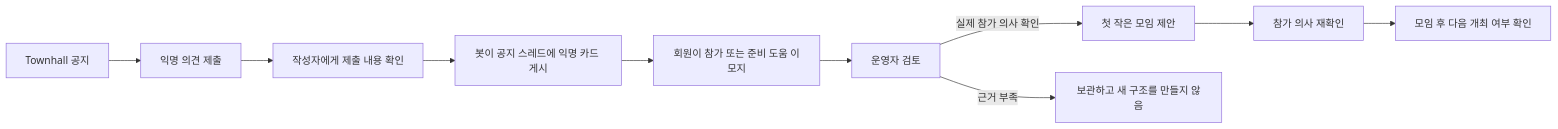
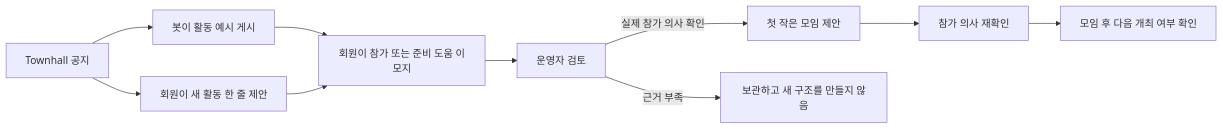
The diagram in docs/research/PRIVATE_HOUSE.md (Betalgeuse/ot1l), drawn with Mermaid before and after one commit. The commit also changed other lines of this file and 1 other file, not shown here.

````diff
--- a/docs/research/PRIVATE_HOUSE.md
+++ b/docs/research/PRIVATE_HOUSE.md
@@ -142,12 +129,12 @@
 ```mermaid
 flowchart LR
-    A[Townhall 공지] --> B[익명 의견 제출]
-    B --> C[작성자에게 제출 내용 확인]
-    C --> D[봇이 공지 스레드에 익명 카드 게시]
-    D --> E[회원이 참가 또는 준비 도움 이모지]
+    A[Townhall 공지] --> B[봇이 활동 예시 게시]
+    A --> C[회원이 새 활동 한 줄 제안]
+    B --> E[회원이 참가 또는 준비 도움 이모지]
+    C --> E
     E --> F[운영자 검토]
     F -->|실제 참가 의사 확인| G[첫 작은 모임 제안]
     F -->|근거 부족| H[보관하고 새 구조를 만들지 않음]
     G --> I[참가 의사 재확인]
     I --> J[모임 후 다음 개최 여부 확인]
 ```
````
